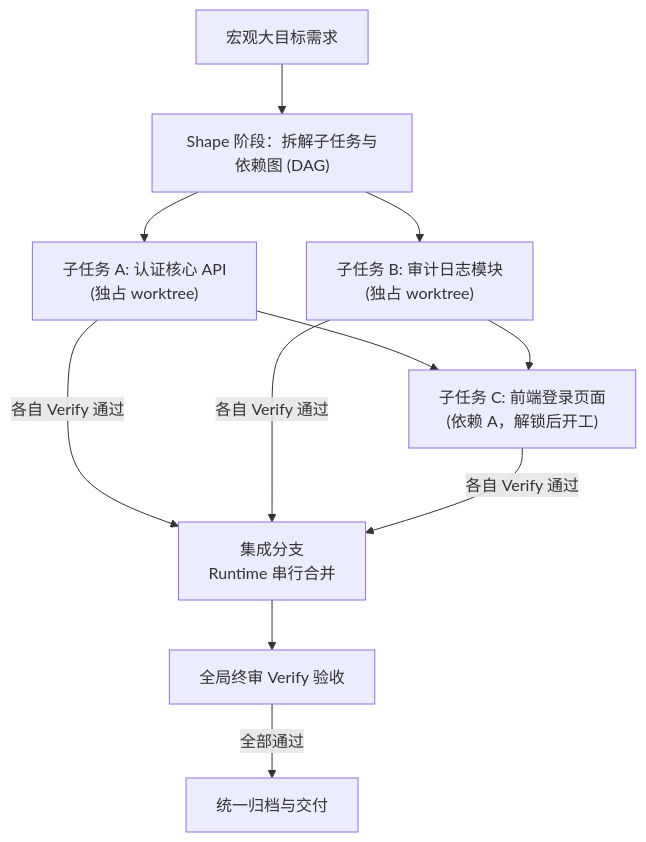
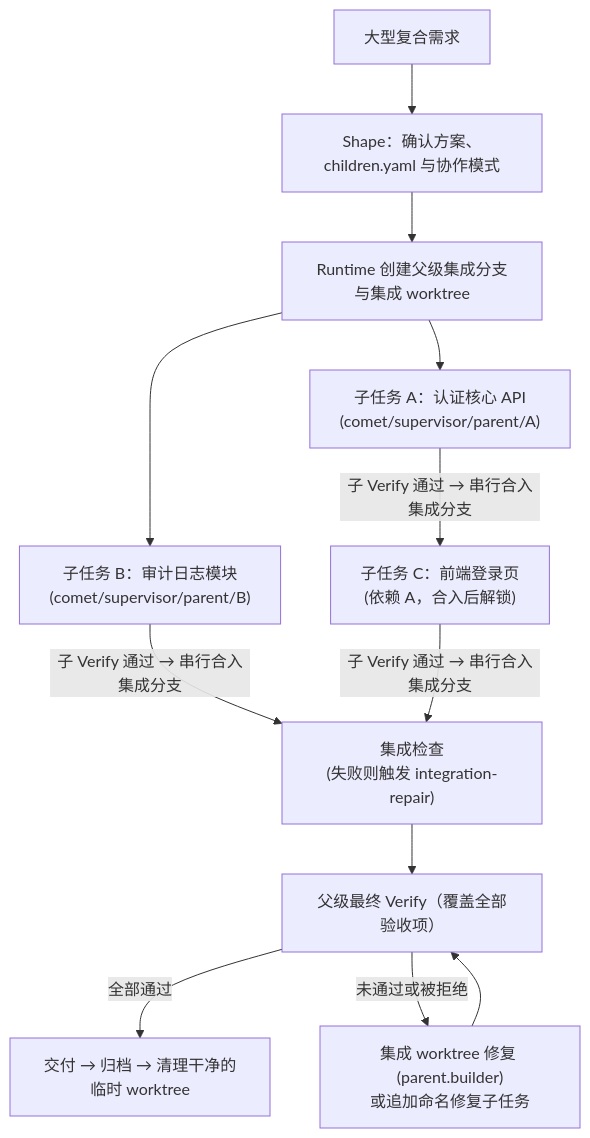
The diagram in zh/native/supervisor-change.mdx (rpamis/comet-website-docs), drawn with Mermaid before and after one commit. The commit also changed other lines of this file and 102 other files, not shown here.

````diff
--- a/zh/native/supervisor-change.mdx
+++ b/zh/native/supervisor-change.mdx
@@ -17,13 +17,14 @@
 ```mermaid
 flowchart TD
-  M["宏观大目标需求"] --> S["Shape 阶段：拆解子任务与依赖图 (DAG)"]
-  S --> C1["子任务 A: 认证核心 API<br/>(独占 worktree)"]
-  S --> C2["子任务 B: 审计日志模块<br/>(独占 worktree)"]
-  C1 --> C3["子任务 C: 前端登录页面<br/>(依赖 A，解锁后开工)"]
-  C2 --> C3
-  C1 -->|各自 Verify 通过| I["集成分支<br/>Runtime 串行合并"]
-  C2 -->|各自 Verify 通过| I
-  C3 -->|各自 Verify 通过| I
-  I --> V["全局终审 Verify 验收"]
-  V -->|全部通过| A["统一归档与交付"]
+  M["大型复合需求"] --> S["Shape：确认方案、children.yaml 与协作模式"]
+  S --> P["Runtime 创建父级集成分支与集成 worktree"]
+  P --> C1["子任务 A：认证核心 API<br/>(comet/supervisor/parent/A)"]
+  P --> C2["子任务 B：审计日志模块<br/>(comet/supervisor/parent/B)"]
+  C1 -->|"子 Verify 通过 → 串行合入集成分支"| C3["子任务 C：前端登录页<br/>(依赖 A，合入后解锁)"]
+  C2 -->|"子 Verify 通过 → 串行合入集成分支"| I["集成检查<br/>(失败则触发 integration-repair)"]
+  C3 -->|"子 Verify 通过 → 串行合入集成分支"| I
+  I --> V["父级最终 Verify（覆盖全部验收项）"]
+  V -->|"全部通过"| D["交付 → 归档 → 清理干净的临时 worktree"]
+  V -->|"未通过或被拒绝"| F["集成 worktree 修复 (parent.builder)<br/>或追加命名修复子任务"]
+  F --> V
 ```
````
